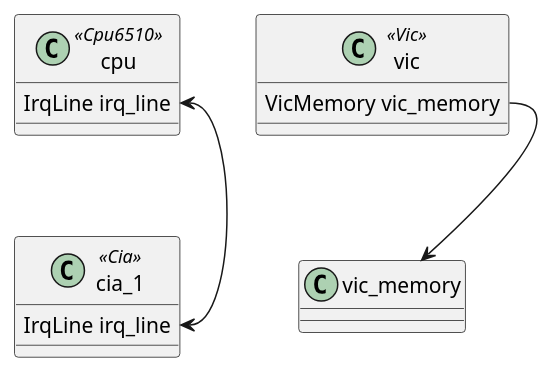
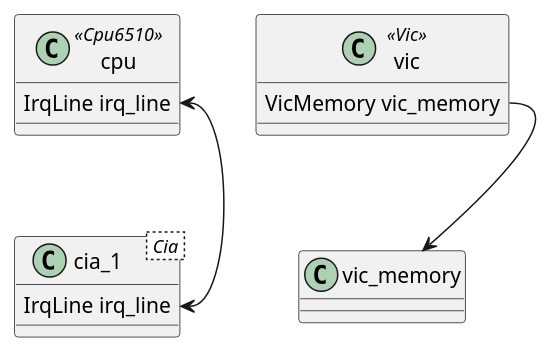
The first of 6 diagrams in topics/plant_uml.md (64kramsystem/personal_notes), drawn with PlantUML before and after one commit. The commit also changed other lines of this file and 4 other files, not shown here.

````diff
--- a/topics/plant_uml.md
+++ b/topics/plant_uml.md
@@ -8,28 +25,28 @@
 ```plantuml
-' header; optional in the VSC Markdown extension, but suggested (along with footer).
-@startuml
-
 ' Member types are optional
+' The element in brackets, optional, displayes at the top; it's technically an interface.
+'
 class cpu << Cpu6510 >> {
   IrqLine irq_line
 }
 
-class cia_1 << Cia >> {
+' Single bracketed terms are an alternative to the interface "trick"; it draws a dotted box on the
+' top right; it's nice for very small annotations. It's mutually exclusive with interfaces.
+class cia_1 < Cia > {
   IrqLine irq_line
 }
 
 ' Bidirectional edge from member to member
 cpu::irq_line <--> cia_1::irq_line
 
 class vic << Vic >> {
   VicMemory vic_memory
 }
 
 ' If an edge member->class references a non-existing class, the latter is implicitly defined.
 ' An edge member->member should *not* be defined before the class, though.
 
-' Unidirectional edge from member to class
+' Unidirectional edge from member to class.
+' If there are spaces, wrape the whole node in double quotes.
 vic::vic_memory --> vic_memory
-
-@enduml
 ```
````
